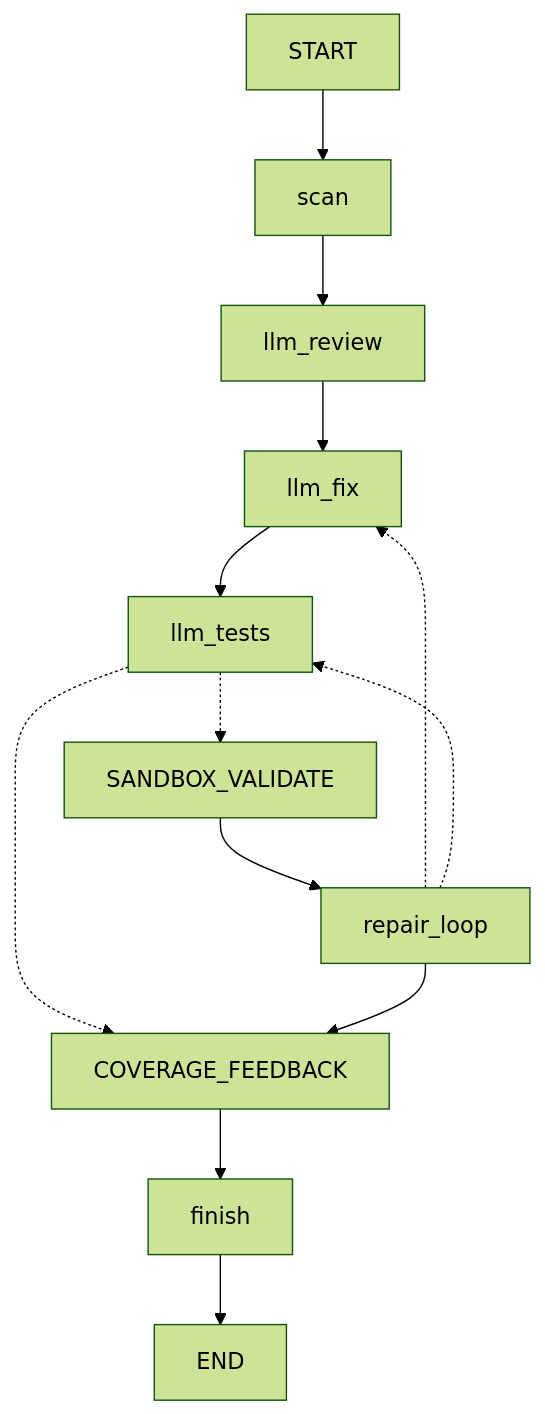
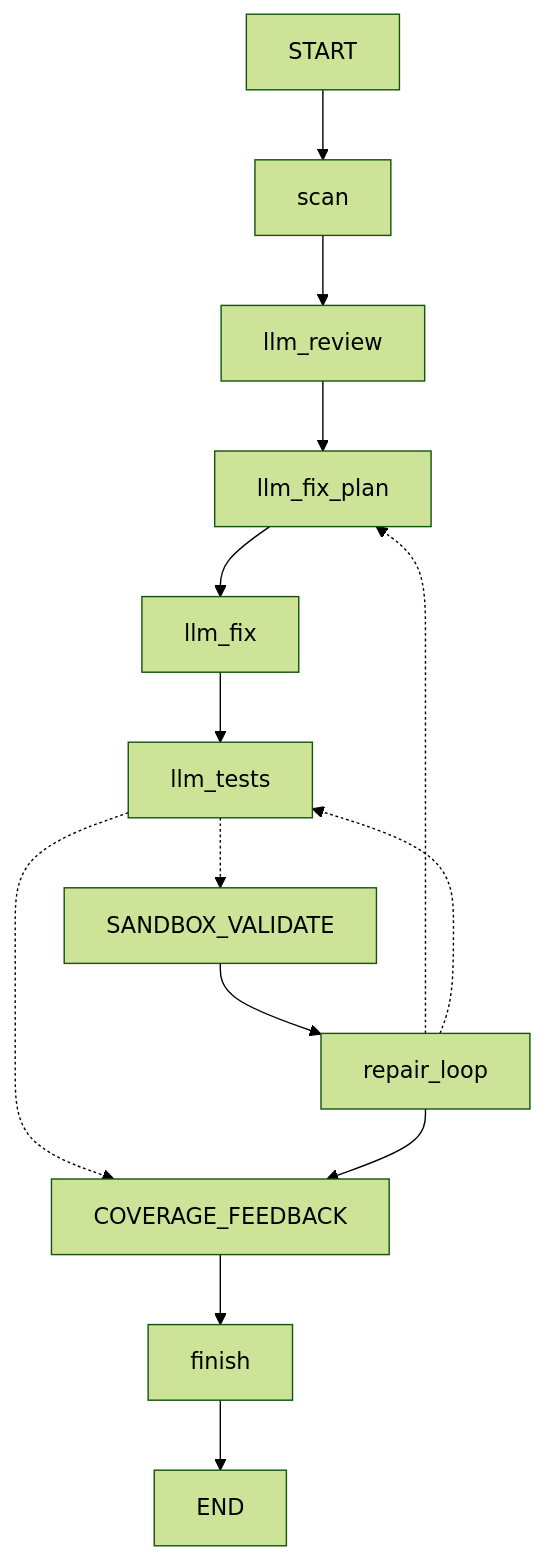
Before and after one commit to Isaacsen/cs599-project: the diagram in docs/CS599_大作业报告.md, drawn with Mermaid (forest theme). The commit also changed other lines of this file and 15 other files, not shown here.

````diff
--- a/docs/CS599_大作业报告.md
+++ b/docs/CS599_大作业报告.md
@@ -26,15 +26,16 @@
 ```mermaid
 graph TD
     START["START"] --> SCAN["scan"]
     SCAN --> LLM_REVIEW["llm_review"]
-    LLM_REVIEW --> LLM_FIX["llm_fix"]
+    LLM_REVIEW --> LLM_FIX_PLAN["llm_fix_plan"]
+    LLM_FIX_PLAN --> LLM_FIX["llm_fix"]
     LLM_FIX --> LLM_TESTS["llm_tests"]
     LLM_TESTS -.-> SANDBOX_VALIDATE
     LLM_TESTS -.-> COVERAGE_FEEDBACK
     SANDBOX_VALIDATE --> REPAIR_LOOP["repair_loop"]
-    REPAIR_LOOP -.-> LLM_FIX
+    REPAIR_LOOP -.-> LLM_FIX_PLAN
     REPAIR_LOOP -.-> LLM_TESTS
     REPAIR_LOOP --> COVERAGE_FEEDBACK
     COVERAGE_FEEDBACK --> FINISH["finish"]
     FINISH --> END["END"]
 ```
````
